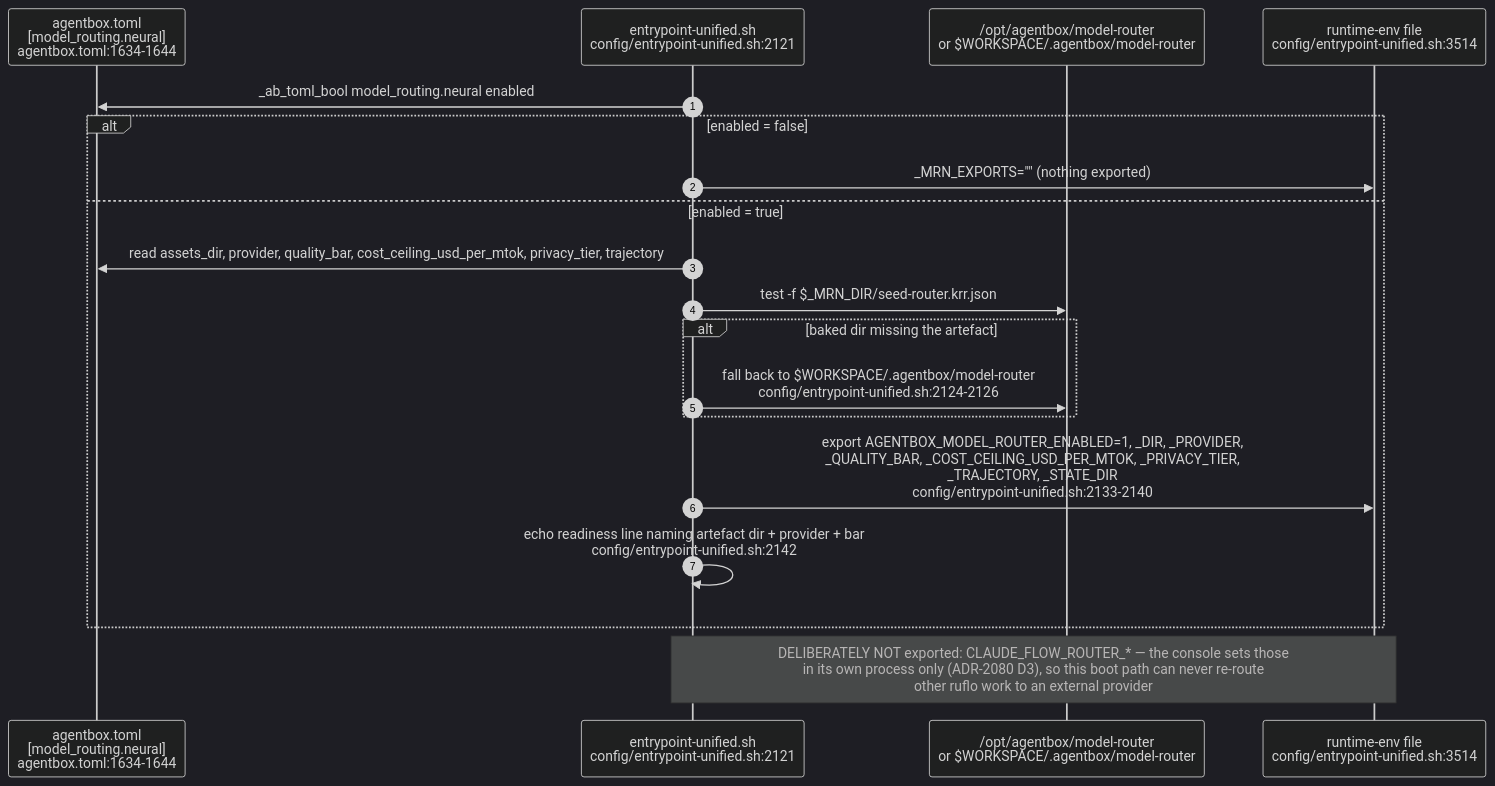
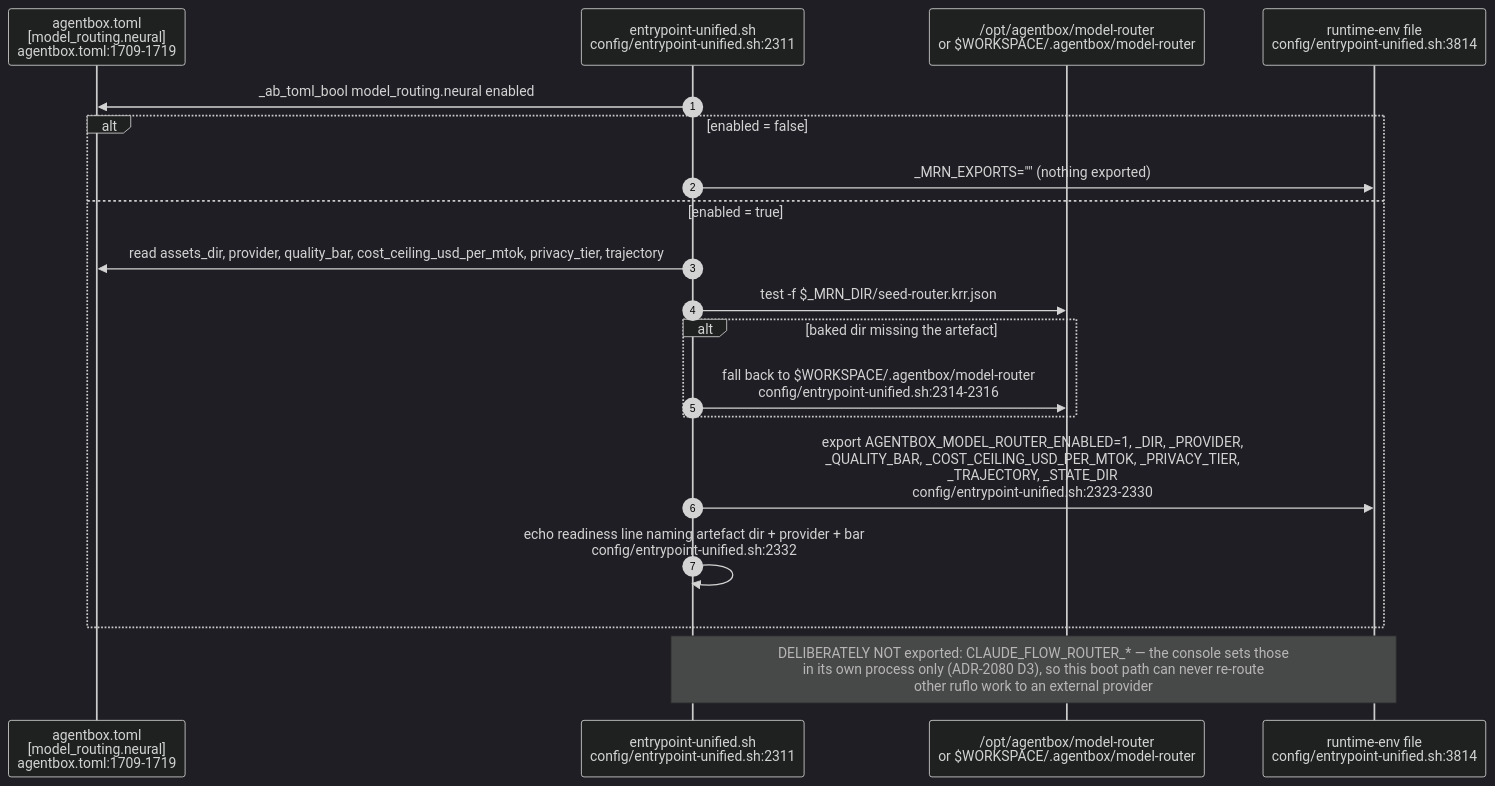
Before and after one commit to DreamLab-AI/VisionFlow: the second of 9 diagrams in docs/diagrams/agentbox/29-metaharness-router-console.md, drawn with Mermaid (dark theme). The commit also changed other lines of this file and 160 other files, not shown here.

````diff
--- a/docs/diagrams/agentbox/29-metaharness-router-console.md
+++ b/docs/diagrams/agentbox/29-metaharness-router-console.md
@@ -64,22 +66,22 @@
 ```mermaid
 sequenceDiagram
     autonumber
-    participant TOML as agentbox.toml<br/>[model_routing.neural]<br/>agentbox.toml:1634-1644
-    participant EP as entrypoint-unified.sh<br/>config/entrypoint-unified.sh:2121
+    participant TOML as agentbox.toml<br/>[model_routing.neural]<br/>agentbox.toml:1709-1719
+    participant EP as entrypoint-unified.sh<br/>config/entrypoint-unified.sh:2311
     participant DISK as /opt/agentbox/model-router<br/>or $WORKSPACE/.agentbox/model-router
-    participant ENV as runtime-env file<br/>config/entrypoint-unified.sh:3514
+    participant ENV as runtime-env file<br/>config/entrypoint-unified.sh:3814
 
     EP->>TOML: _ab_toml_bool model_routing.neural enabled
     alt enabled = false
         EP->>ENV: _MRN_EXPORTS="" (nothing exported)
     else enabled = true
         EP->>TOML: read assets_dir, provider, quality_bar, cost_ceiling_usd_per_mtok, privacy_tier, trajectory
         EP->>DISK: test -f $_MRN_DIR/seed-router.krr.json
         alt baked dir missing the artefact
-            EP->>DISK: fall back to $WORKSPACE/.agentbox/model-router<br/>config/entrypoint-unified.sh:2124-2126
+            EP->>DISK: fall back to $WORKSPACE/.agentbox/model-router<br/>config/entrypoint-unified.sh:2314-2316
         end
-        EP->>ENV: export AGENTBOX_MODEL_ROUTER_ENABLED=1, _DIR, _PROVIDER,<br/>_QUALITY_BAR, _COST_CEILING_USD_PER_MTOK, _PRIVACY_TIER,<br/>_TRAJECTORY, _STATE_DIR<br/>config/entrypoint-unified.sh:2133-2140
-        EP->>EP: echo readiness line naming artefact dir + provider + bar<br/>config/entrypoint-unified.sh:2142
+        EP->>ENV: export AGENTBOX_MODEL_ROUTER_ENABLED=1, _DIR, _PROVIDER,<br/>_QUALITY_BAR, _COST_CEILING_USD_PER_MTOK, _PRIVACY_TIER,<br/>_TRAJECTORY, _STATE_DIR<br/>config/entrypoint-unified.sh:2323-2330
+        EP->>EP: echo readiness line naming artefact dir + provider + bar<br/>config/entrypoint-unified.sh:2332
     end
     Note over EP,ENV: DELIBERATELY NOT exported: CLAUDE_FLOW_ROUTER_* — the console sets those<br/>in its own process only (ADR-2080 D3), so this boot path can never re-route<br/>other ruflo work to an external provider
 ```
````
